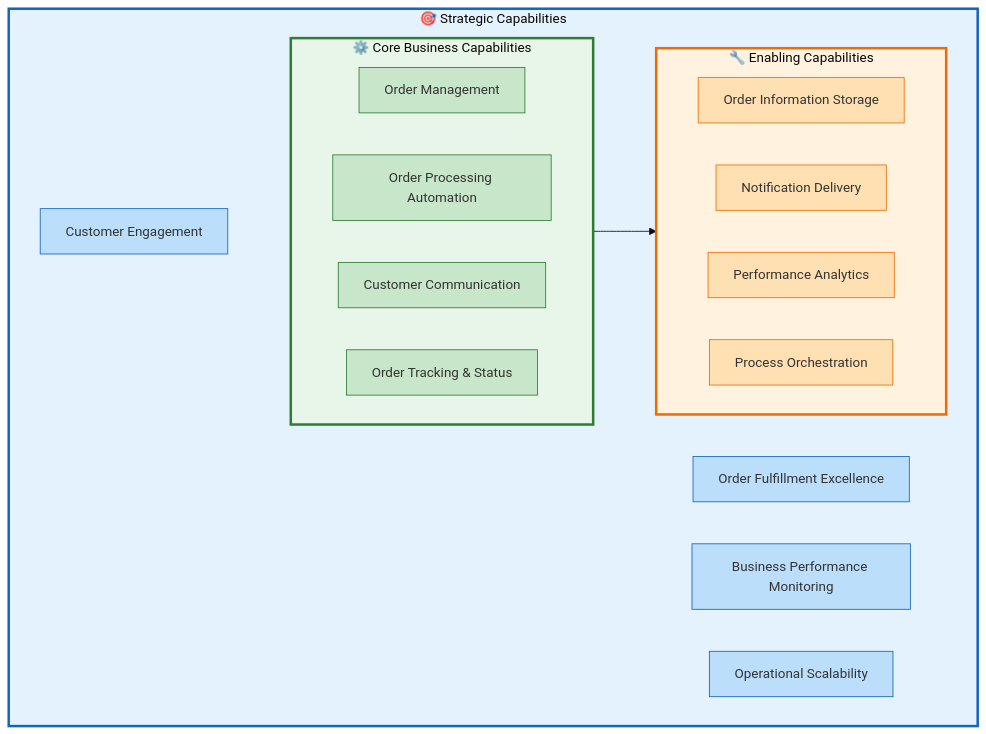
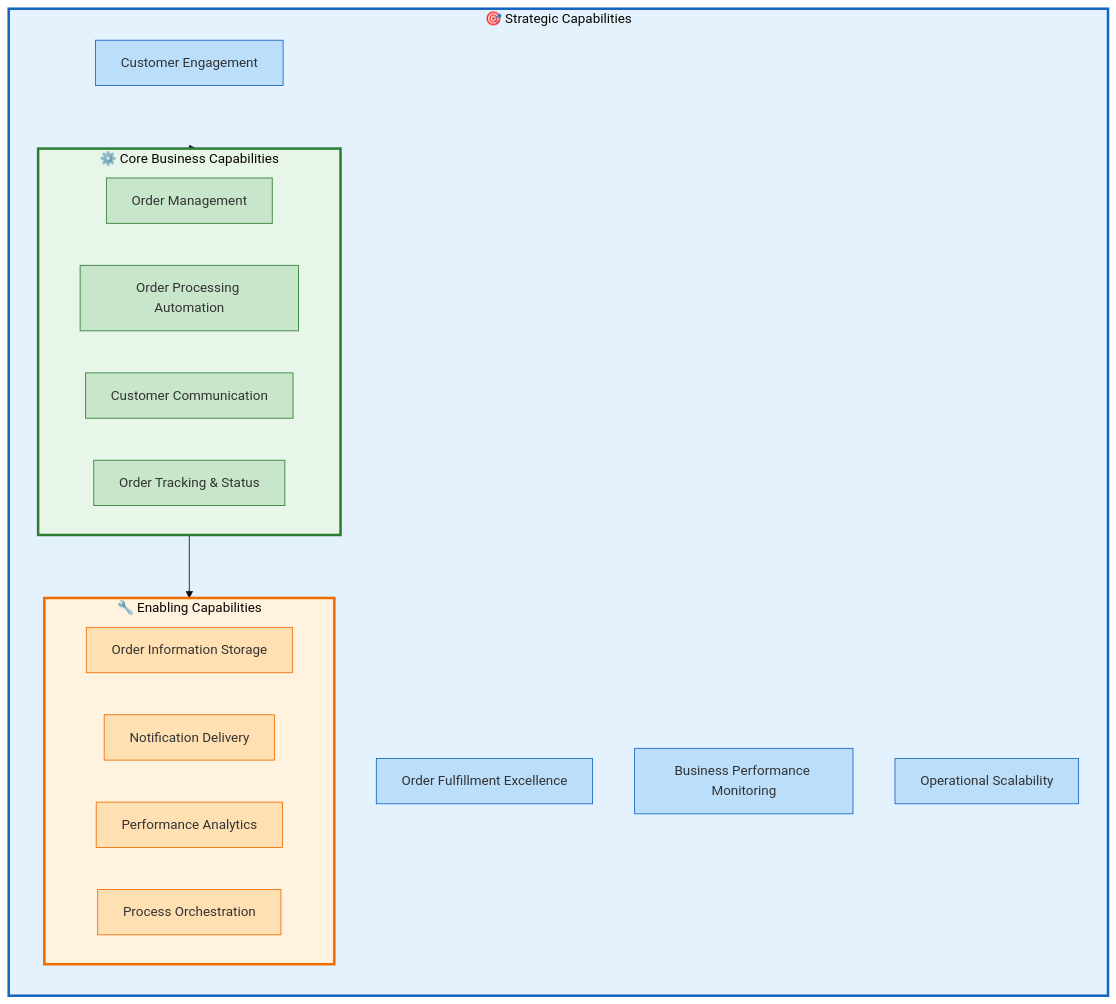
The first of 8 diagrams in docs/architecture/business-architecture.md (Evilazaro/Azure-LogicApps-Monitoring), drawn with Mermaid (base theme) before and after one commit.

Commit message:
docs: Change flowchart direction from LR to TD in Business Architecture document for better visualization

````diff
--- a/docs/architecture/business-architecture.md
+++ b/docs/architecture/business-architecture.md
@@ -126,44 +126,44 @@
 ```mermaid
 flowchart LR
     subgraph strategic["🎯 Strategic Capabilities"]
-        direction LR
+        direction TD
         SC1["Customer Engagement"]
         SC2["Order Fulfillment Excellence"]
         SC3["Business Performance Monitoring"]
         SC4["Operational Scalability"]
         subgraph core["⚙️ Core Business Capabilities"]
             direction LR
             CC1["Order Management"]
             CC2["Order Processing Automation"]
             CC3["Customer Communication"]
             CC4["Order Tracking & Status"]
         end
         subgraph enabling["🔧 Enabling Capabilities"]
             direction LR
             EC1["Order Information Storage"]
             EC2["Notification Delivery"]
             EC3["Performance Analytics"]
             EC4["Process Orchestration"]
         end
     end
     
     strategic --> core
     core --> enabling
     
     style strategic fill:#E3F2FD,stroke:#1565C0,stroke-width:3px
     style core fill:#E8F5E9,stroke:#2E7D32,stroke-width:3px
     style enabling fill:#FFF3E0,stroke:#EF6C00,stroke-width:3px
     
     style SC1 fill:#BBDEFB,stroke:#1565C0
     style SC2 fill:#BBDEFB,stroke:#1565C0
     style SC3 fill:#BBDEFB,stroke:#1565C0
     style SC4 fill:#BBDEFB,stroke:#1565C0
     style CC1 fill:#C8E6C9,stroke:#2E7D32
     style CC2 fill:#C8E6C9,stroke:#2E7D32
     style CC3 fill:#C8E6C9,stroke:#2E7D32
     style CC4 fill:#C8E6C9,stroke:#2E7D32
     style EC1 fill:#FFE0B2,stroke:#EF6C00
     style EC2 fill:#FFE0B2,stroke:#EF6C00
     style EC3 fill:#FFE0B2,stroke:#EF6C00
     style EC4 fill:#FFE0B2,stroke:#EF6C00
 ```
````
